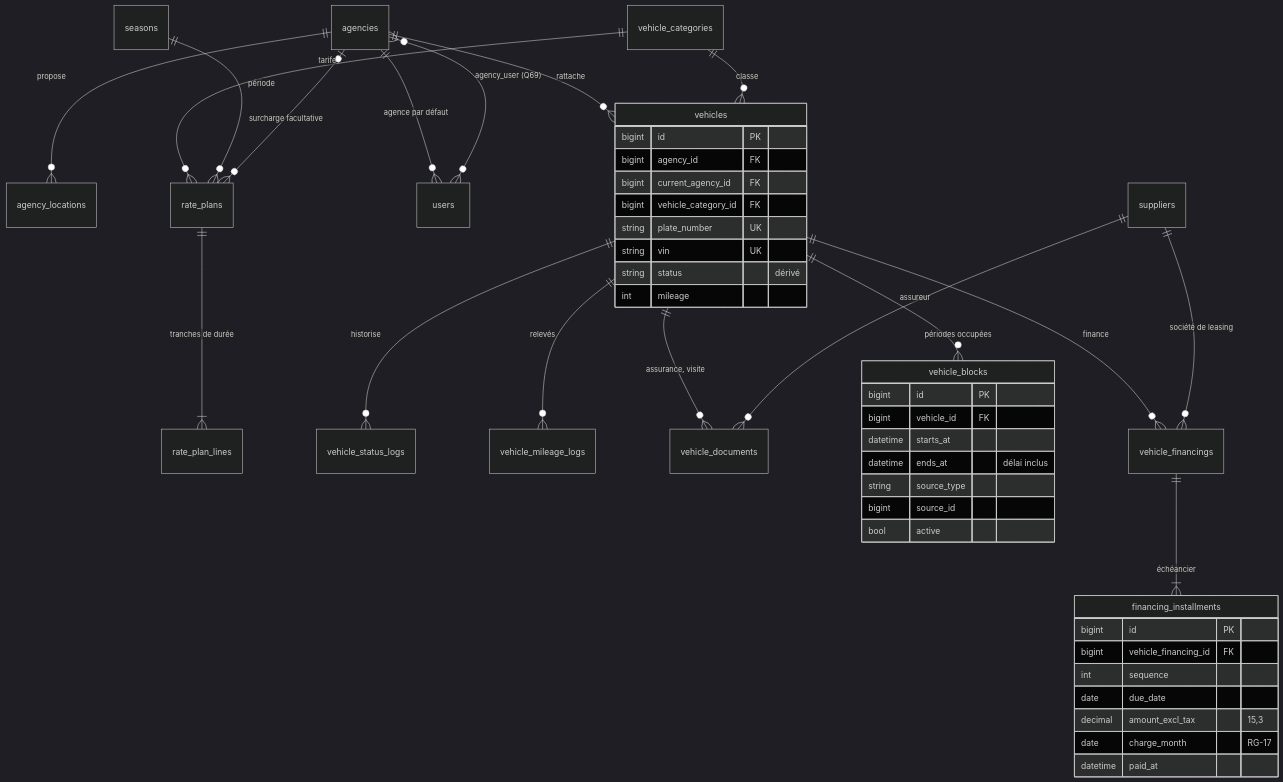
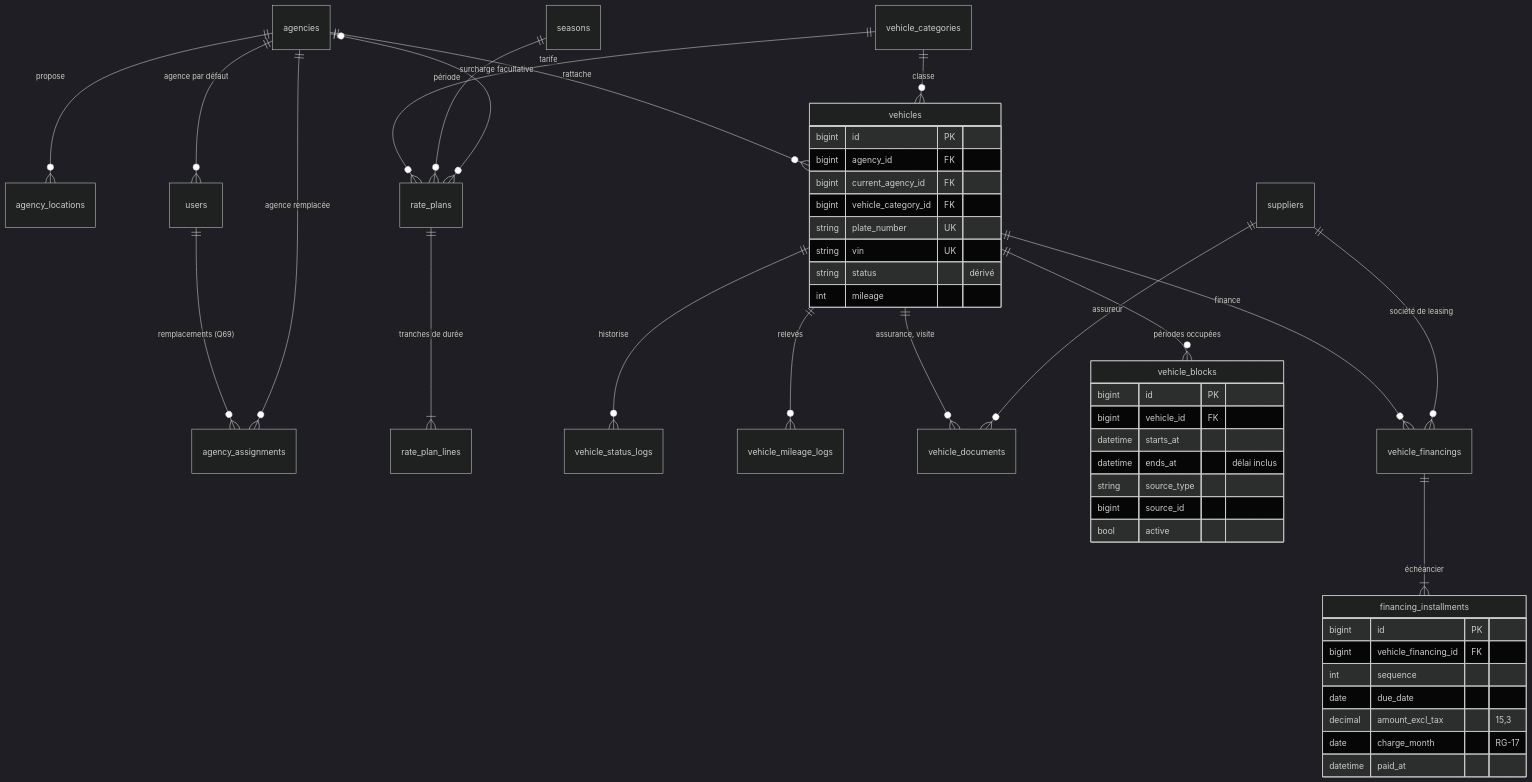
The first of 5 diagrams in docs/architecture.md (hafedhbouk/aviator), drawn with Mermaid (dark theme) before and after one commit. The commit also changed other lines of this file and 19 other files, not shown here.

First line of the commit message:
feat: remplacements d'agence à durée limitée

````diff
--- a/docs/architecture.md
+++ b/docs/architecture.md
@@ -172,49 +172,50 @@
 ```mermaid
 erDiagram
     agencies ||--o{ agency_locations : "propose"
     agencies ||--o{ vehicles : "rattache"
     agencies ||--o{ users : "agence par défaut"
-    users }o--o{ agencies : "agency_user (Q69)"
+    users ||--o{ agency_assignments : "remplacements (Q69)"
+    agencies ||--o{ agency_assignments : "agence remplacée"
     vehicle_categories ||--o{ vehicles : "classe"
     vehicle_categories ||--o{ rate_plans : "tarife"
     seasons ||--o{ rate_plans : "période"
     agencies |o--o{ rate_plans : "surcharge facultative"
     rate_plans ||--|{ rate_plan_lines : "tranches de durée"
     vehicles ||--o{ vehicle_status_logs : "historise"
     vehicles ||--o{ vehicle_mileage_logs : "relevés"
     vehicles ||--o{ vehicle_documents : "assurance, visite"
     vehicles ||--o{ vehicle_blocks : "périodes occupées"
     vehicles ||--o{ vehicle_financings : "finance"
     vehicle_financings ||--|{ financing_installments : "échéancier"
     suppliers ||--o{ vehicle_financings : "société de leasing"
     suppliers ||--o{ vehicle_documents : "assureur"
 
     vehicles {
         bigint id PK
         bigint agency_id FK
         bigint current_agency_id FK
         bigint vehicle_category_id FK
         string plate_number UK
         string vin UK
         string status "dérivé"
         int mileage
     }
     vehicle_blocks {
         bigint id PK
         bigint vehicle_id FK
         datetime starts_at
         datetime ends_at "délai inclus"
         string source_type
         bigint source_id
         bool active
     }
     financing_installments {
         bigint id PK
         bigint vehicle_financing_id FK
         int sequence
         date due_date
         decimal amount_excl_tax "15,3"
         date charge_month "RG-17"
         datetime paid_at
     }
 ```
````
